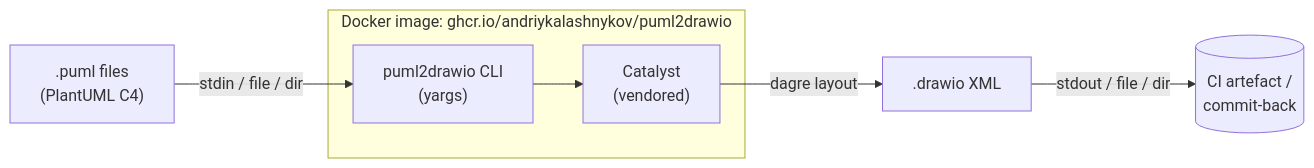
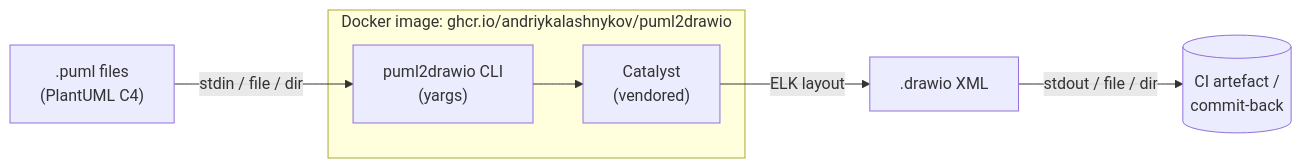
One commit to AndriyKalashnykov/puml2drawio changed the diagram in README.md. Above: the diagram before and after it, drawn with Mermaid. The commit also changed other lines of this file and 14 other files, not shown here.

````diff
--- a/README.md
+++ b/README.md
@@ -10,12 +10,12 @@
 ```mermaid
 flowchart LR
   puml[".puml files<br/>(PlantUML C4)"] -->|stdin / file / dir| cli["puml2drawio CLI<br/>(yargs)"]
   cli --> conv["Catalyst<br/>(vendored)"]
-  conv -->|dagre layout| drawio[".drawio XML"]
+  conv -->|ELK layout| drawio[".drawio XML"]
   drawio -->|stdout / file / dir| out[("CI artefact /<br/>commit-back")]
 
   subgraph "Docker image: ghcr.io/andriykalashnykov/puml2drawio"
     cli
     conv
   end
 ```
````
